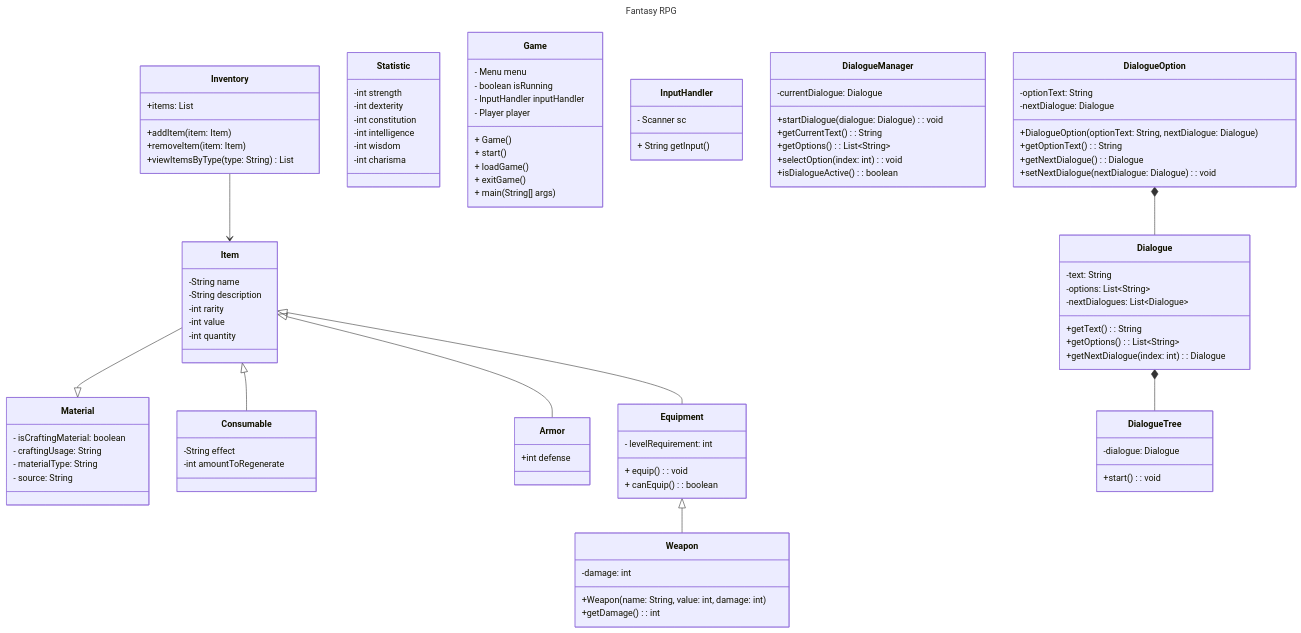
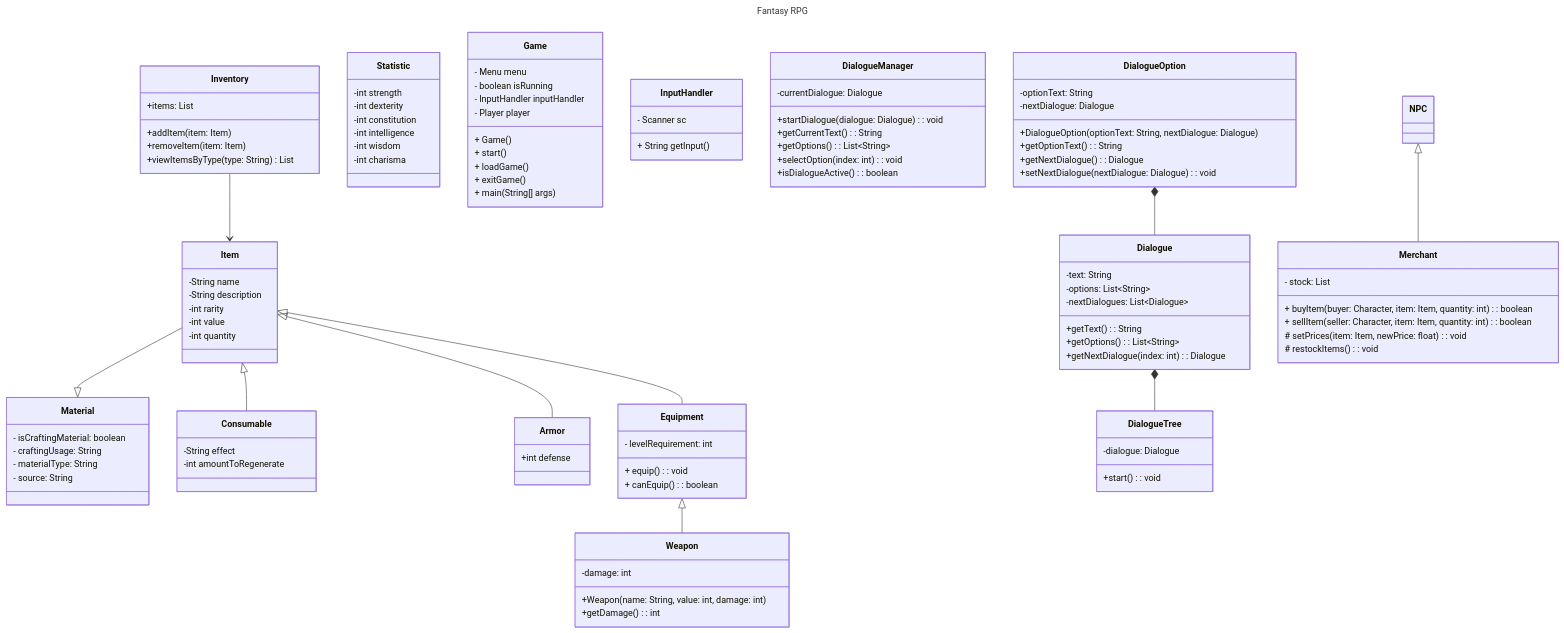
One commit to pacalso-jjc/2425-2nd-cc3-1b-rpg changed the diagram in wiki/Class-Diagram.md. Above: the diagram before and after it, drawn with Mermaid.

Commit message:
doc-10: Added merchant to Class-Diagram.md

````diff
--- a/wiki/Class-Diagram.md
+++ b/wiki/Class-Diagram.md
@@ -114,4 +114,12 @@
         +viewItemsByType(type: String) List
     }
 
+    NPC <|-- Merchant
+    class Merchant {
+        - stock: List<Item>
+        + buyItem(buyer: Character, item: Item, quantity: int): boolean
+        + sellItem(seller: Character, item: Item, quantity: int): boolean
+        # setPrices(item: Item, newPrice: float): void
+        # restockItems(): void
+    }
 ```
````
